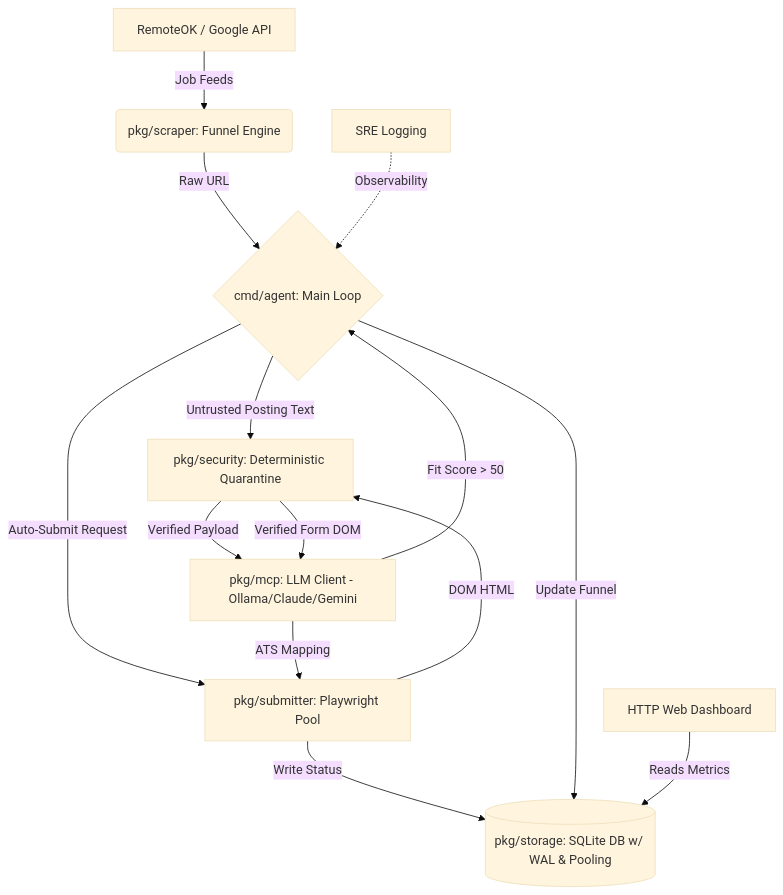
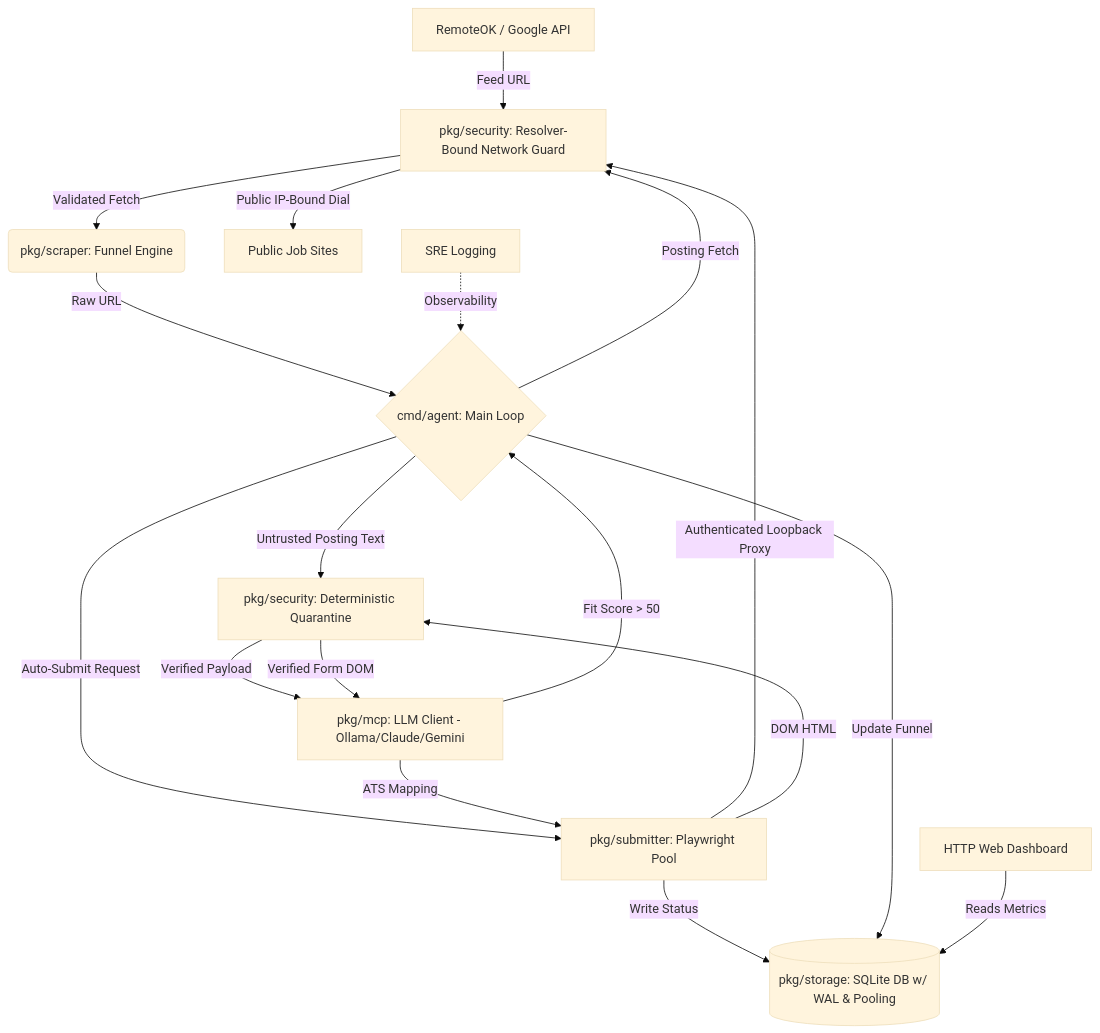
One commit to howlcipher/Career_Agent_Core changed the diagram in README.md. Above: the diagram before and after it, drawn with Mermaid (base theme). The commit also changed other lines of this file and 16 other files, not shown here.

Commit message:
fix(security): bind outbound requests to public addresses

````diff
--- a/README.md
+++ b/README.md
@@ -32,20 +33,24 @@
 ```mermaid
 graph TD
-    A[RemoteOK / Google API] -->|Job Feeds| B(pkg/scraper: Funnel Engine)
+    A[RemoteOK / Google API] -->|Feed URL| N[pkg/security: Resolver-Bound Network Guard]
+    N -->|Validated Fetch| B(pkg/scraper: Funnel Engine)
     B -->|Raw URL| C{cmd/agent: Main Loop}
     
     C -->|Untrusted Posting Text| F[pkg/security: Deterministic Quarantine]
     F -->|Verified Payload| D[pkg/mcp: LLM Client - Ollama/Claude/Gemini]
     D -->|Fit Score > 50| C
 
     C -->|Auto-Submit Request| E[pkg/submitter: Playwright Pool]
+    C -->|Posting Fetch| N
+    E -->|Authenticated Loopback Proxy| N
+    N -->|Public IP-Bound Dial| J[Public Job Sites]
     E -->|DOM HTML| F
     F -->|Verified Form DOM| D
     D -->|ATS Mapping| E
     
     E -->|Write Status| G[(pkg/storage: SQLite DB w/ WAL & Pooling)]
     C -->|Update Funnel| G
     
     H[HTTP Web Dashboard] -->|Reads Metrics| G
     I[SRE Logging] -.->|Observability| C
 ```
````
